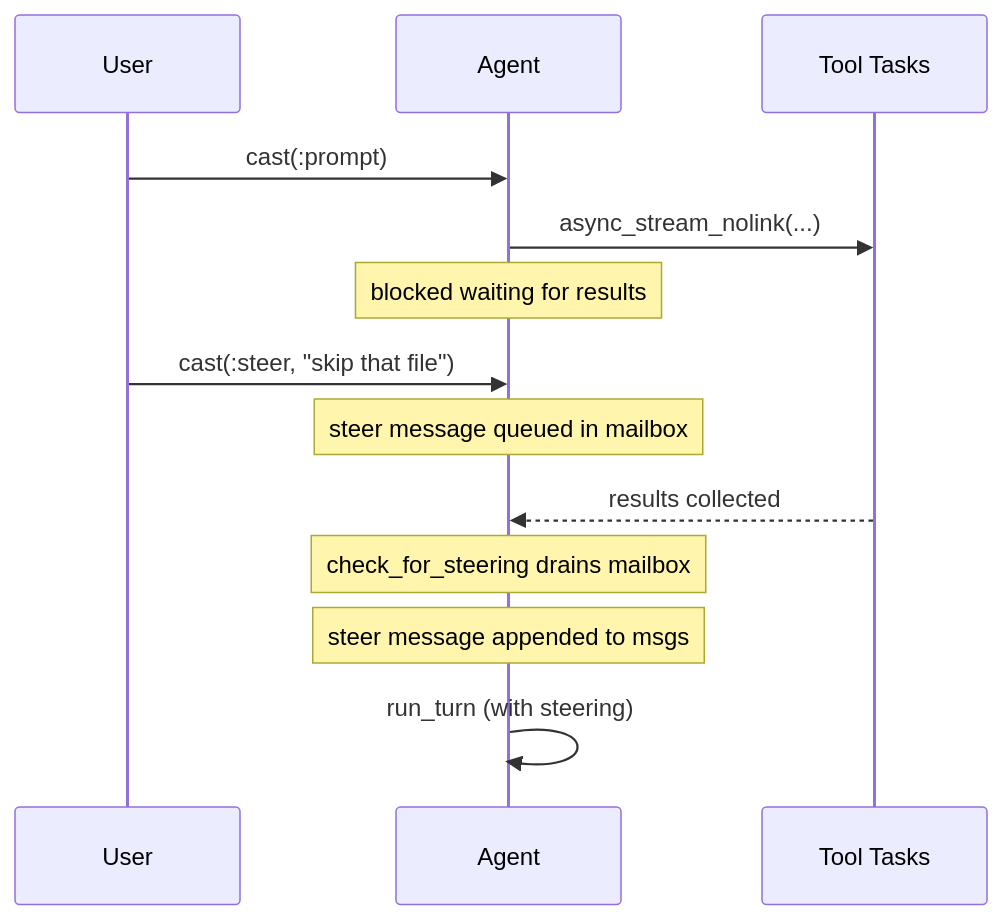
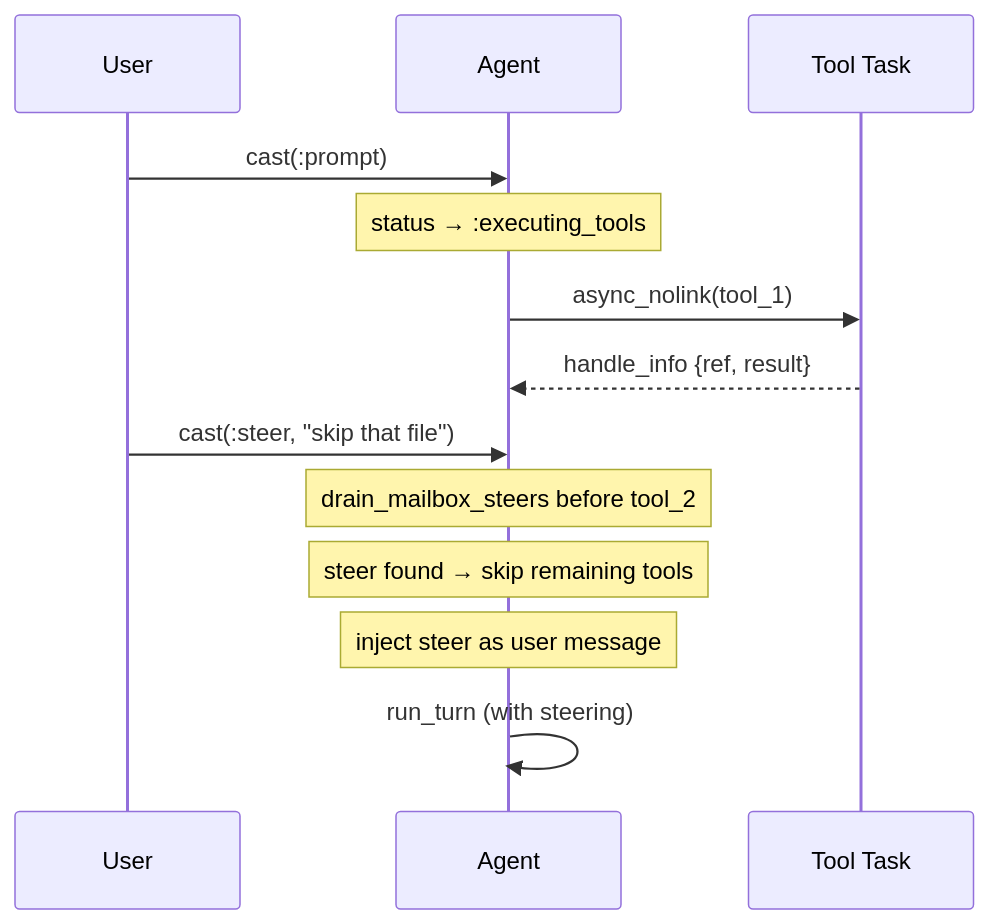
Before and after one commit to matteing/opal: the fifth of 8 diagrams in docs/agent-loop.md, drawn with Mermaid. The commit also changed other lines of this file and 20 other files, not shown here.

````diff
--- a/docs/agent-loop.md
+++ b/docs/agent-loop.md
@@ -373,18 +364,17 @@
 ```mermaid
 sequenceDiagram
     participant User
     participant Agent
-    participant Tasks as Tool Tasks
+    participant Task as Tool Task
 
     User->>Agent: cast(:prompt)
-    Agent->>Tasks: async_stream_nolink(...)
-    Note over Agent: blocked waiting for results
+    Note over Agent: status → :executing_tools
+    Agent->>Task: async_nolink(tool_1)
+    Task-->>Agent: handle_info {ref, result}
 
     User->>Agent: cast(:steer, "skip that file")
-    Note over Agent: steer message queued in mailbox
-
-    Tasks-->>Agent: results collected
-    Note over Agent: check_for_steering drains mailbox
-    Note over Agent: steer message appended to msgs
+    Note over Agent: drain_mailbox_steers before tool_2
+    Note over Agent: steer found → skip remaining tools
+    Note over Agent: inject steer as user message
     Agent->>Agent: run_turn (with steering)
 ```
````
